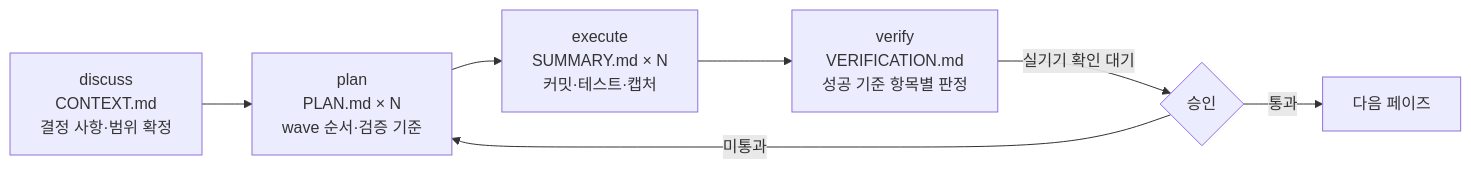
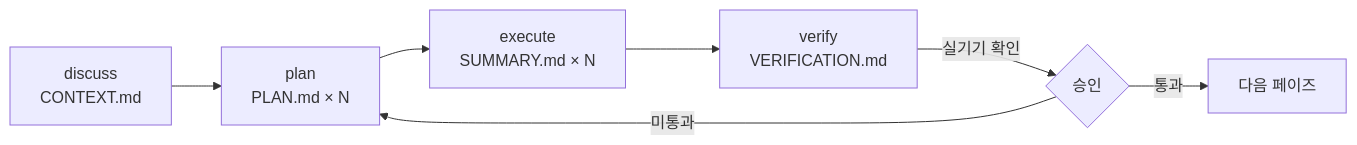
The diagram in ai-workflow/index.md (minsu-zip/gold-wrestling-docs), drawn with Mermaid before and after one commit. The commit also changed other lines of this file and 34 other files, not shown here.

````diff
--- a/ai-workflow/index.md
+++ b/ai-workflow/index.md
@@ -21,9 +17,7 @@
 ```mermaid
 flowchart LR
-  D["discuss<br/>CONTEXT.md<br/>결정 사항·범위 확정"] --> P["plan<br/>PLAN.md × N<br/>wave 순서·검증 기준"]
-  P --> E["execute<br/>SUMMARY.md × N<br/>커밋·테스트·캡처"]
-  E --> V["verify<br/>VERIFICATION.md<br/>성공 기준 항목별 판정"]
-  V -- "실기기 확인 대기" --> G{"승인"}
+  D["discuss<br/>CONTEXT.md"] --> P["plan<br/>PLAN.md × N"] --> E["execute<br/>SUMMARY.md × N"] --> V["verify<br/>VERIFICATION.md"]
+  V -- "실기기 확인" --> G{"승인"}
   G -- 통과 --> N["다음 페이즈"]
   G -- 미통과 --> P
 ```
````
